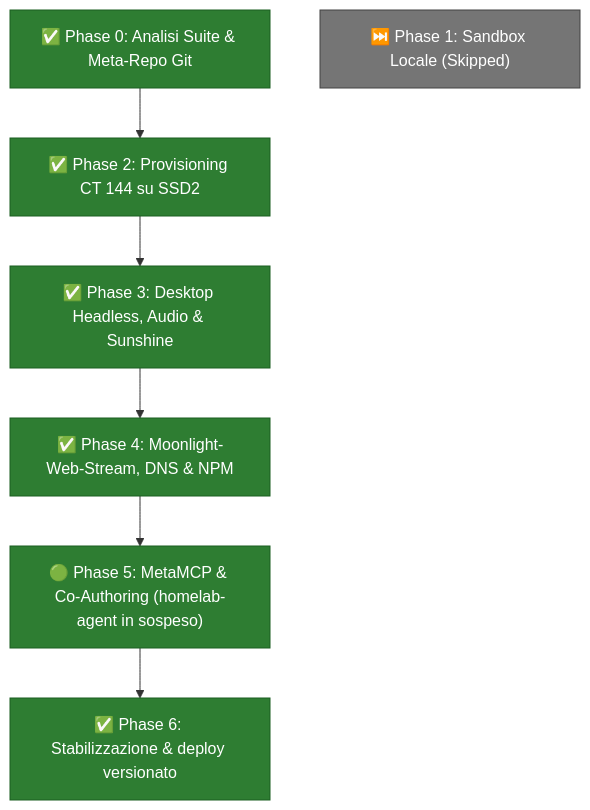
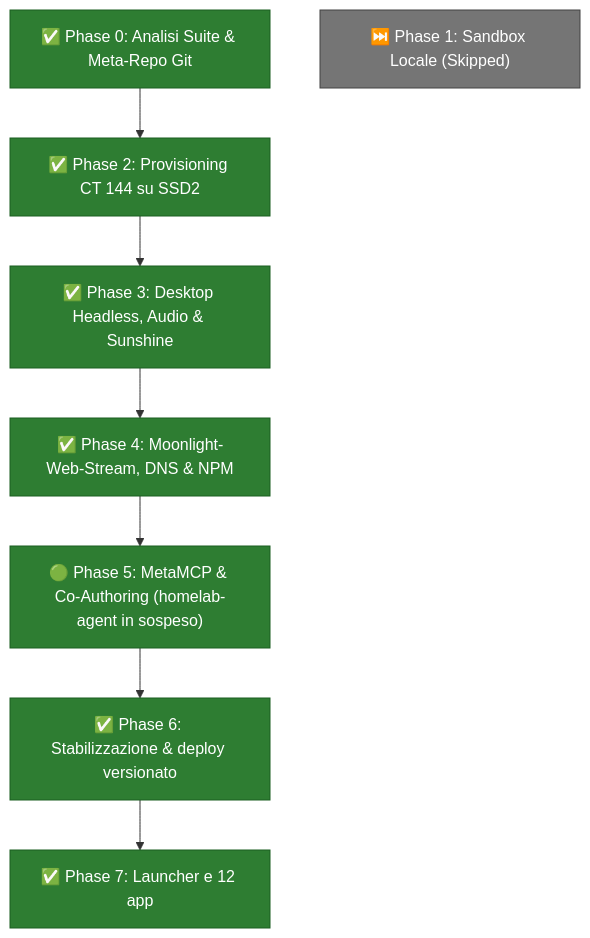
The diagram in docs/ROADMAP.md (DevGiov/homelab-creative-suite), drawn with Mermaid before and after one commit. The commit also changed other lines of this file, not shown here.

Commit message:
docs: roadmap phase 7 (launcher, 12 apps), results and known issues

````diff
--- a/docs/ROADMAP.md
+++ b/docs/ROADMAP.md
@@ -30,21 +31,23 @@
 ```mermaid
 flowchart TD
     P0["✅ Phase 0: Analisi Suite & Meta-Repo Git"]:::done
     P1["⏭️ Phase 1: Sandbox Locale (Skipped)"]:::skipped
     P2["✅ Phase 2: Provisioning CT 144 su SSD2"]:::done
     P3["✅ Phase 3: Desktop Headless, Audio & Sunshine"]:::done
     P4["✅ Phase 4: Moonlight-Web-Stream, DNS & NPM"]:::done
     P5["🟢 Phase 5: MetaMCP & Co-Authoring (homelab-agent in sospeso)"]:::done
     P6["✅ Phase 6: Stabilizzazione & deploy versionato"]:::done
+    P7["✅ Phase 7: Launcher e 12 app"]:::done
 
     P0 --> P2
     P2 --> P3
     P3 --> P4
     P4 --> P5
     P5 --> P6
+    P6 --> P7
 
     classDef done fill:#2e7d32,stroke:#1b5e20,color:#fff;
     classDef skipped fill:#757575,stroke:#424242,color:#fff;
     classDef active fill:#0277bd,stroke:#01579b,color:#fff;
     classDef pending fill:#37474f,stroke:#263238,color:#fff;
 ```
````
